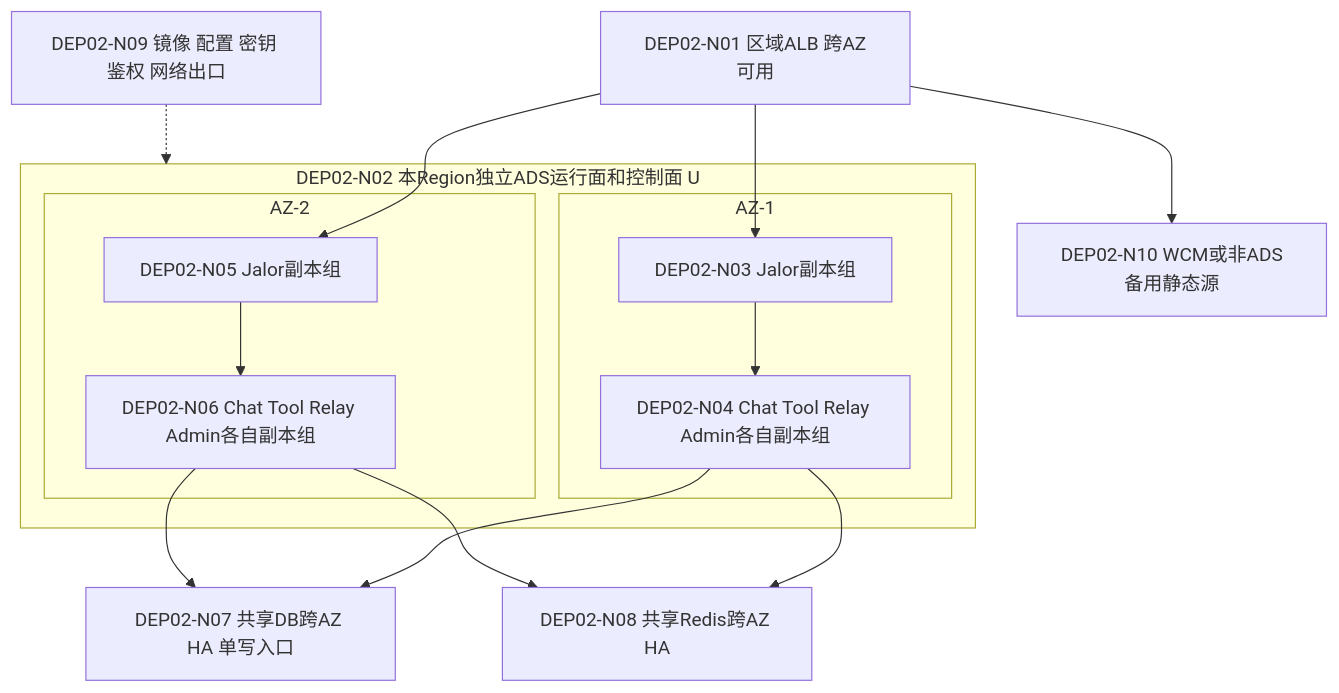
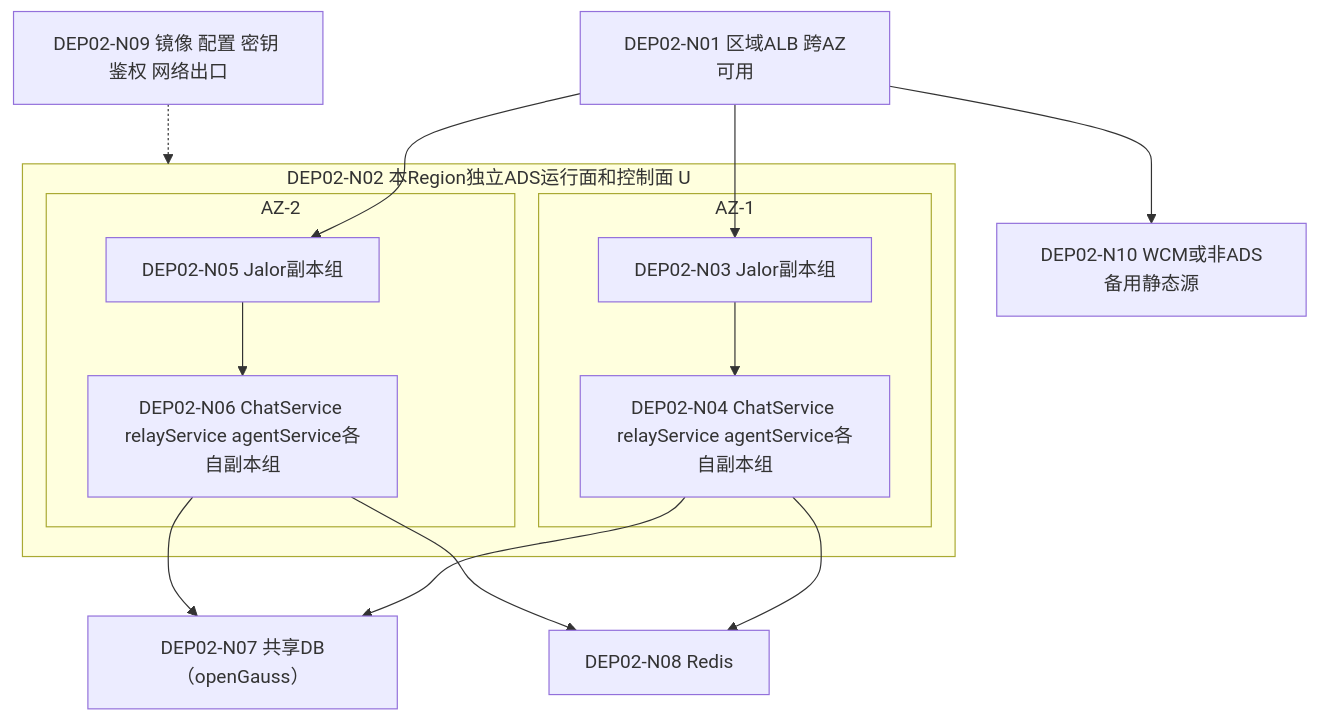
The third of 7 diagrams in docs/architecture/high-availability/deployment.md (kunben-duck/exweb), drawn with Mermaid before and after one commit. The commit also changed other lines of this file and 9 other files, not shown here.

Commit message:
docs: refine HA stability and agent service isolation design

````diff
--- a/docs/architecture/high-availability/deployment.md
+++ b/docs/architecture/high-availability/deployment.md
@@ -92,24 +137,24 @@
 ```mermaid
 flowchart TB
     entry["DEP02-N01 区域ALB 跨AZ可用"]
     subgraph regionalAds["DEP02-N02 本Region独立ADS运行面和控制面 U"]
         subgraph azOne["AZ-1"]
             jalorOne["DEP02-N03 Jalor副本组"]
-            servicesOne["DEP02-N04 Chat Tool Relay Admin各自副本组"]
+            servicesOne["DEP02-N04 ChatService relayService agentService各自副本组"]
             jalorOne --> servicesOne
         end
         subgraph azTwo["AZ-2"]
             jalorTwo["DEP02-N05 Jalor副本组"]
-            servicesTwo["DEP02-N06 Chat Tool Relay Admin各自副本组"]
+            servicesTwo["DEP02-N06 ChatService relayService agentService各自副本组"]
             jalorTwo --> servicesTwo
         end
     end
     entry --> jalorOne
     entry --> jalorTwo
-    servicesOne --> db["DEP02-N07 共享DB跨AZ HA 单写入口"]
+    servicesOne --> db["DEP02-N07 共享DB（openGauss）"]
     servicesTwo --> db
-    servicesOne --> redis["DEP02-N08 共享Redis跨AZ HA"]
+    servicesOne --> redis["DEP02-N08 Redis"]
     servicesTwo --> redis
     dependencies["DEP02-N09 镜像 配置 密钥 鉴权 网络出口"] -.-> regionalAds
     entry --> staticSource["DEP02-N10 WCM或非ADS备用静态源"]
 ```
````
